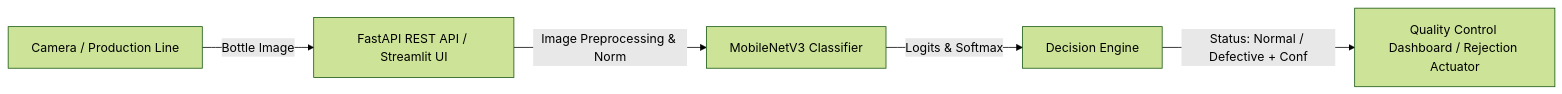
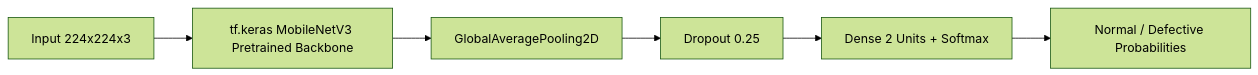
One commit to Ekrashzahid123/bottle_defect-detection-system changed the diagram in README.md. Above: the diagram before and after it, drawn with Mermaid (forest theme). The commit also changed other lines of this file and 23 other files, not shown here.

````diff
--- a/README.md
+++ b/README.md
@@ -26,7 +38,8 @@
 ```mermaid
 flowchart LR
-    A[Camera / Production Line] -->|Bottle Image| B[FastAPI REST API / Streamlit UI]
-    B -->|Image Preprocessing & Norm| C[MobileNetV3 Classifier]
-    C -->|Logits & Softmax| D[Decision Engine]
-    D -->|Status: Normal / Defective + Conf| E[Quality Control Dashboard / Rejection Actuator]
+    A[Input 224x224x3] --> B[tf.keras MobileNetV3 Pretrained Backbone]
+    B --> C[GlobalAveragePooling2D]
+    C --> D[Dropout 0.25]
+    D --> E[Dense 2 Units + Softmax]
+    E --> F[Normal / Defective Probabilities]
 ```
````
